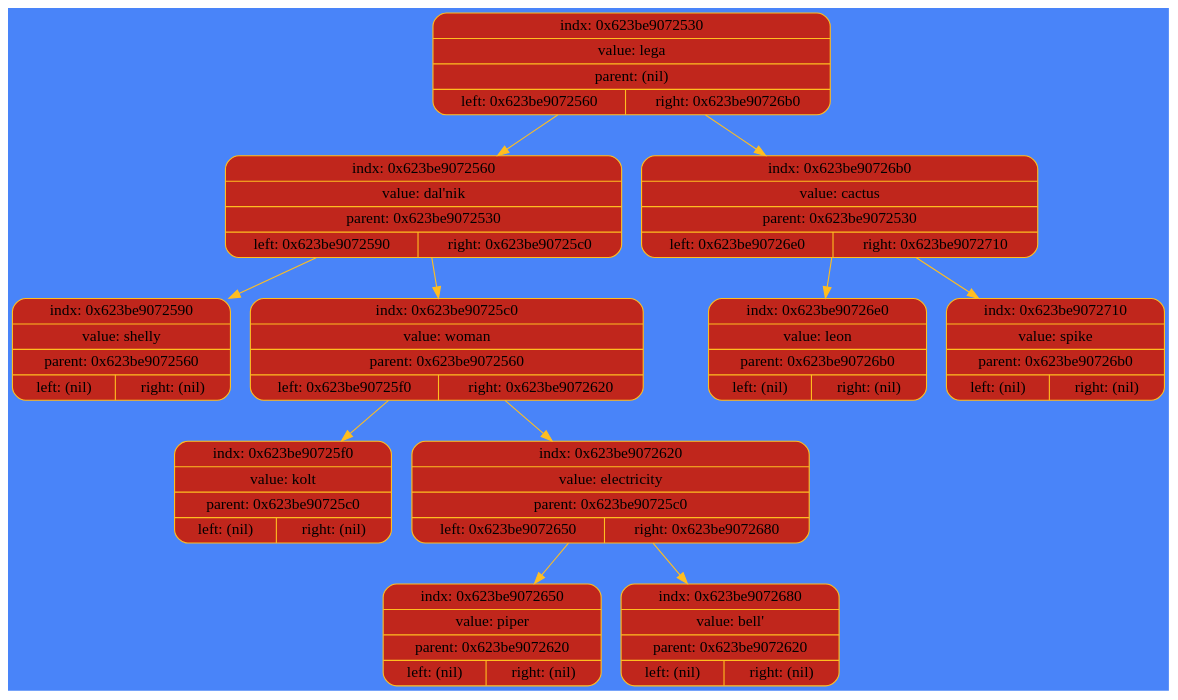
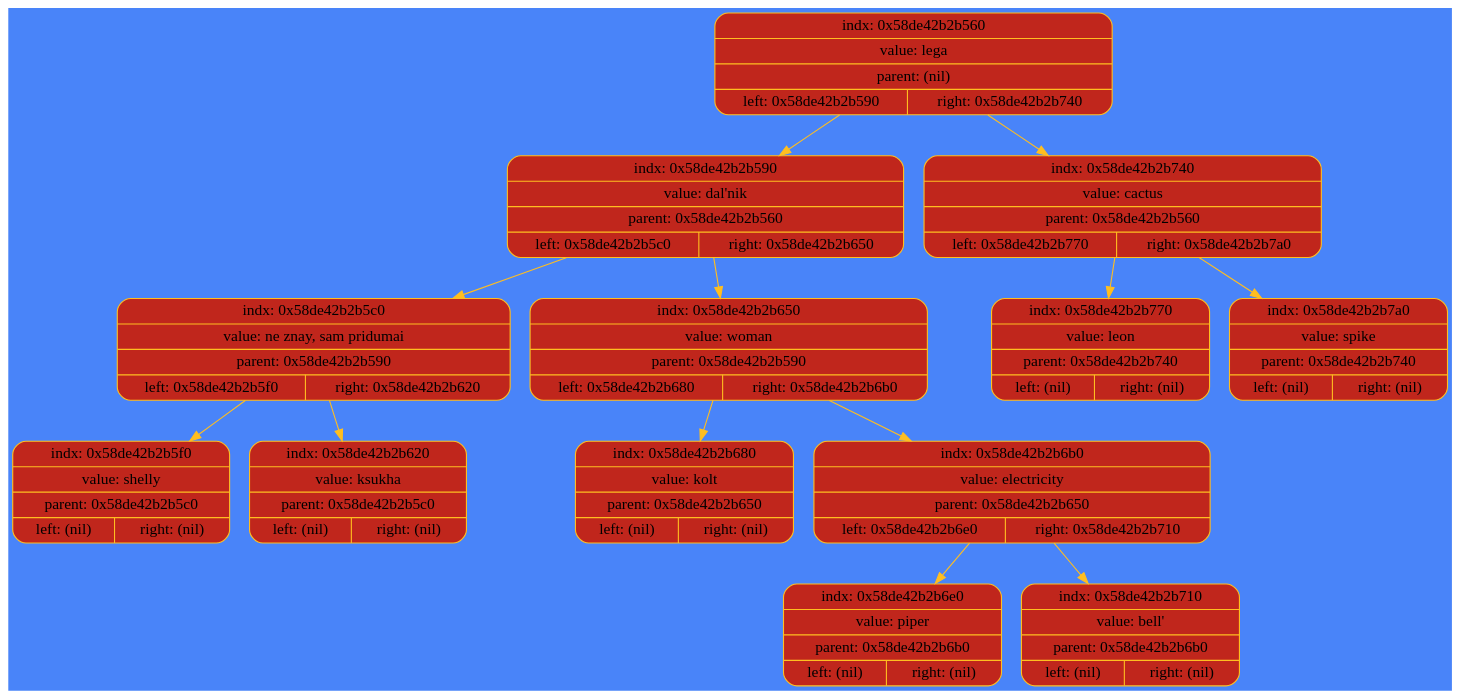
One commit to ksshkh/akinator changed the diagram in debug/tree.dot. Above: the diagram before and after it, drawn with Graphviz. The commit also changed 9 other files, not shown here.

```diff
--- a/debug/tree.dot
+++ b/debug/tree.dot
@@ -1,27 +1,31 @@
 digraph Tree {
 	rankdir = TB;
 	node [shape = record];
 	edge [color = "#FFBE20"];
 	bgcolor = "#4984F9";
-	node0x623be9072530 [color = "#FFBE20", shape = Mrecord, style = filled, fillcolor = "#C0261C", label = "{indx: 0x623be9072530 | value: lega | parent: (nil) | { left: 0x623be9072560 | right: 0x623be90726b0}}"];
-		node0x623be9072530 -> node0x623be9072560
-	node0x623be9072560 [color = "#FFBE20", shape = Mrecord, style = filled, fillcolor = "#C0261C", label = "{indx: 0x623be9072560 | value: dal'nik | parent: 0x623be9072530 | { left: 0x623be9072590 | right: 0x623be90725c0}}"];
-		node0x623be9072560 -> node0x623be9072590
-	node0x623be9072590 [color = "#FFBE20", shape = Mrecord, style = filled, fillcolor = "#C0261C", label = "{indx: 0x623be9072590 | value: shelly | parent: 0x623be9072560 | { left: (nil) | right: (nil)}}"];
-		node0x623be9072560 -> node0x623be90725c0
-	node0x623be90725c0 [color = "#FFBE20", shape = Mrecord, style = filled, fillcolor = "#C0261C", label = "{indx: 0x623be90725c0 | value: woman | parent: 0x623be9072560 | { left: 0x623be90725f0 | right: 0x623be9072620}}"];
-		node0x623be90725c0 -> node0x623be90725f0
-	node0x623be90725f0 [color = "#FFBE20", shape = Mrecord, style = filled, fillcolor = "#C0261C", label = "{indx: 0x623be90725f0 | value: kolt | parent: 0x623be90725c0 | { left: (nil) | right: (nil)}}"];
-		node0x623be90725c0 -> node0x623be9072620
-	node0x623be9072620 [color = "#FFBE20", shape = Mrecord, style = filled, fillcolor = "#C0261C", label = "{indx: 0x623be9072620 | value: electricity | parent: 0x623be90725c0 | { left: 0x623be9072650 | right: 0x623be9072680}}"];
-		node0x623be9072620 -> node0x623be9072650
-	node0x623be9072650 [color = "#FFBE20", shape = Mrecord, style = filled, fillcolor = "#C0261C", label = "{indx: 0x623be9072650 | value: piper | parent: 0x623be9072620 | { left: (nil) | right: (nil)}}"];
-		node0x623be9072620 -> node0x623be9072680
-	node0x623be9072680 [color = "#FFBE20", shape = Mrecord, style = filled, fillcolor = "#C0261C", label = "{indx: 0x623be9072680 | value: bell' | parent: 0x623be9072620 | { left: (nil) | right: (nil)}}"];
-		node0x623be9072530 -> node0x623be90726b0
-	node0x623be90726b0 [color = "#FFBE20", shape = Mrecord, style = filled, fillcolor = "#C0261C", label = "{indx: 0x623be90726b0 | value: cactus | parent: 0x623be9072530 | { left: 0x623be90726e0 | right: 0x623be9072710}}"];
-		node0x623be90726b0 -> node0x623be90726e0
-	node0x623be90726e0 [color = "#FFBE20", shape = Mrecord, style = filled, fillcolor = "#C0261C", label = "{indx: 0x623be90726e0 | value: leon | parent: 0x623be90726b0 | { left: (nil) | right: (nil)}}"];
-		node0x623be90726b0 -> node0x623be9072710
-	node0x623be9072710 [color = "#FFBE20", shape = Mrecord, style = filled, fillcolor = "#C0261C", label = "{indx: 0x623be9072710 | value: spike | parent: 0x623be90726b0 | { left: (nil) | right: (nil)}}"];
+	node0x58de42b2b560 [color = "#FFBE20", shape = Mrecord, style = filled, fillcolor = "#C0261C", label = "{indx: 0x58de42b2b560 | value: lega | parent: (nil) | { left: 0x58de42b2b590 | right: 0x58de42b2b740}}"];
+		node0x58de42b2b560 -> node0x58de42b2b590
+	node0x58de42b2b590 [color = "#FFBE20", shape = Mrecord, style = filled, fillcolor = "#C0261C", label = "{indx: 0x58de42b2b590 | value: dal'nik | parent: 0x58de42b2b560 | { left: 0x58de42b2b5c0 | right: 0x58de42b2b650}}"];
+		node0x58de42b2b590 -> node0x58de42b2b5c0
+	node0x58de42b2b5c0 [color = "#FFBE20", shape = Mrecord, style = filled, fillcolor = "#C0261C", label = "{indx: 0x58de42b2b5c0 | value: ne znay, sam pridumai | parent: 0x58de42b2b590 | { left: 0x58de42b2b5f0 | right: 0x58de42b2b620}}"];
+		node0x58de42b2b5c0 -> node0x58de42b2b5f0
+	node0x58de42b2b5f0 [color = "#FFBE20", shape = Mrecord, style = filled, fillcolor = "#C0261C", label = "{indx: 0x58de42b2b5f0 | value: shelly | parent: 0x58de42b2b5c0 | { left: (nil) | right: (nil)}}"];
+		node0x58de42b2b5c0 -> node0x58de42b2b620
+	node0x58de42b2b620 [color = "#FFBE20", shape = Mrecord, style = filled, fillcolor = "#C0261C", label = "{indx: 0x58de42b2b620 | value: ksukha | parent: 0x58de42b2b5c0 | { left: (nil) | right: (nil)}}"];
+		node0x58de42b2b590 -> node0x58de42b2b650
+	node0x58de42b2b650 [color = "#FFBE20", shape = Mrecord, style = filled, fillcolor = "#C0261C", label = "{indx: 0x58de42b2b650 | value: woman | parent: 0x58de42b2b590 | { left: 0x58de42b2b680 | right: 0x58de42b2b6b0}}"];
+		node0x58de42b2b650 -> node0x58de42b2b680
+	node0x58de42b2b680 [color = "#FFBE20", shape = Mrecord, style = filled, fillcolor = "#C0261C", label = "{indx: 0x58de42b2b680 | value: kolt | parent: 0x58de42b2b650 | { left: (nil) | right: (nil)}}"];
+		node0x58de42b2b650 -> node0x58de42b2b6b0
+	node0x58de42b2b6b0 [color = "#FFBE20", shape = Mrecord, style = filled, fillcolor = "#C0261C", label = "{indx: 0x58de42b2b6b0 | value: electricity | parent: 0x58de42b2b650 | { left: 0x58de42b2b6e0 | right: 0x58de42b2b710}}"];
+		node0x58de42b2b6b0 -> node0x58de42b2b6e0
+	node0x58de42b2b6e0 [color = "#FFBE20", shape = Mrecord, style = filled, fillcolor = "#C0261C", label = "{indx: 0x58de42b2b6e0 | value: piper | parent: 0x58de42b2b6b0 | { left: (nil) | right: (nil)}}"];
+		node0x58de42b2b6b0 -> node0x58de42b2b710
+	node0x58de42b2b710 [color = "#FFBE20", shape = Mrecord, style = filled, fillcolor = "#C0261C", label = "{indx: 0x58de42b2b710 | value: bell' | parent: 0x58de42b2b6b0 | { left: (nil) | right: (nil)}}"];
+		node0x58de42b2b560 -> node0x58de42b2b740
+	node0x58de42b2b740 [color = "#FFBE20", shape = Mrecord, style = filled, fillcolor = "#C0261C", label = "{indx: 0x58de42b2b740 | value: cactus | parent: 0x58de42b2b560 | { left: 0x58de42b2b770 | right: 0x58de42b2b7a0}}"];
+		node0x58de42b2b740 -> node0x58de42b2b770
+	node0x58de42b2b770 [color = "#FFBE20", shape = Mrecord, style = filled, fillcolor = "#C0261C", label = "{indx: 0x58de42b2b770 | value: leon | parent: 0x58de42b2b740 | { left: (nil) | right: (nil)}}"];
+		node0x58de42b2b740 -> node0x58de42b2b7a0
+	node0x58de42b2b7a0 [color = "#FFBE20", shape = Mrecord, style = filled, fillcolor = "#C0261C", label = "{indx: 0x58de42b2b7a0 | value: spike | parent: 0x58de42b2b740 | { left: (nil) | right: (nil)}}"];
 }
```
